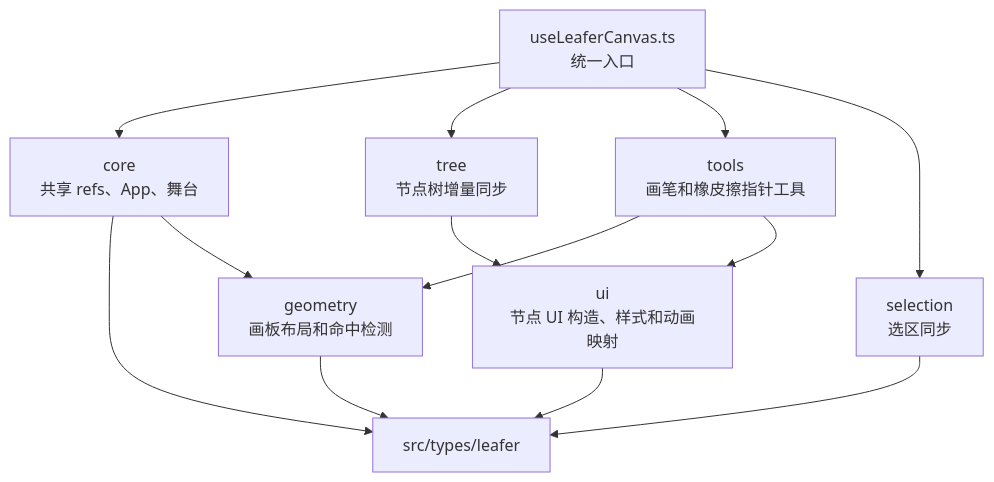
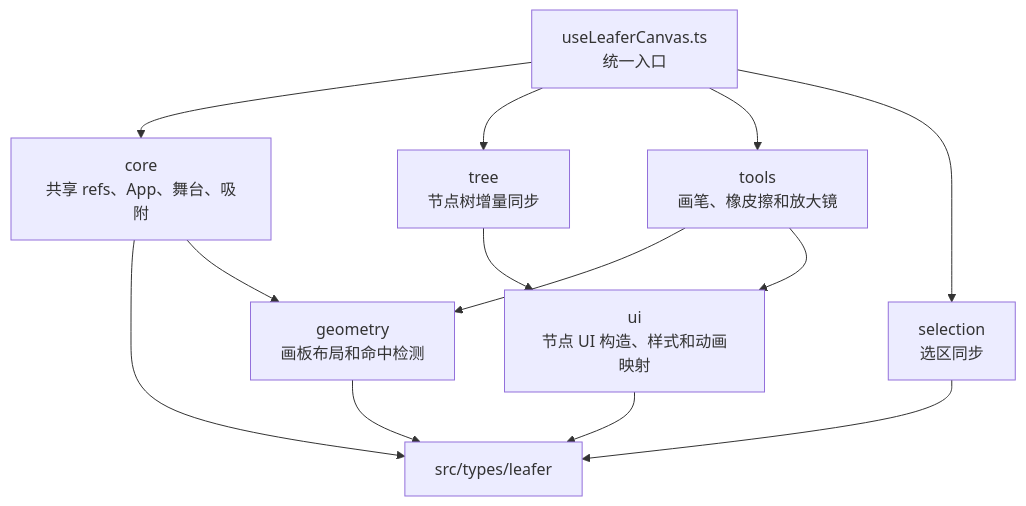
Before and after one commit to Tajigaqzh/paint-canvas: the first of 8 diagrams in src/pages/home/hooks/README.md, drawn with Mermaid. The commit also changed other lines of this file and 32 other files, not shown here.

````diff
--- a/src/pages/home/hooks/README.md
+++ b/src/pages/home/hooks/README.md
@@ -44,16 +48,16 @@
 ```mermaid
 flowchart TD
-  Entry[useLeaferCanvas.ts<br/>统一入口] --> Core[core<br/>共享 refs、App、舞台]
+  Entry[useLeaferCanvas.ts<br/>统一入口] --> Core[core<br/>共享 refs、App、舞台、吸附]
   Entry --> Tree[tree<br/>节点树增量同步]
-  Entry --> Tools[tools<br/>画笔和橡皮擦指针工具]
+  Entry --> Tools[tools<br/>画笔、橡皮擦和放大镜]
   Entry --> Selection[selection<br/>选区同步]
 
   Core --> Types[src/types/leafer]
   Tree --> UI[ui<br/>节点 UI 构造、样式和动画映射]
   Core --> Geometry[geometry<br/>画板布局和命中检测]
   Tools --> Geometry
   Tools --> UI
   Selection --> Types
   UI --> Types
   Geometry --> Types
 ```
````
